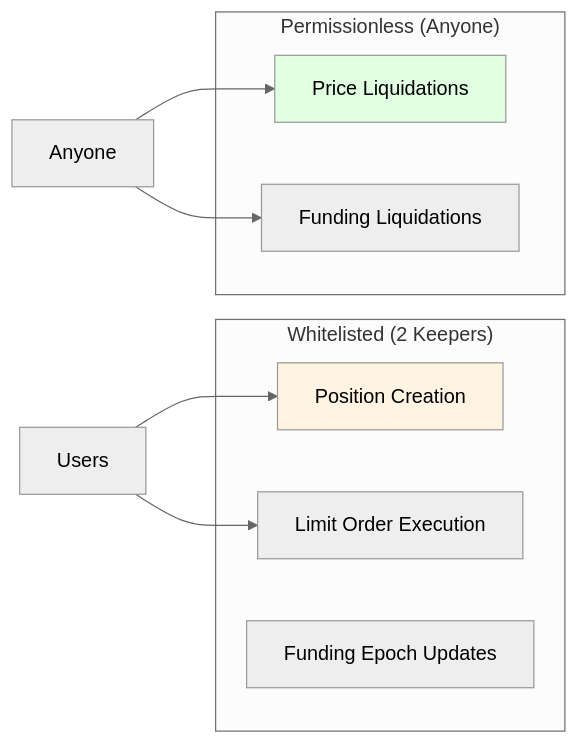
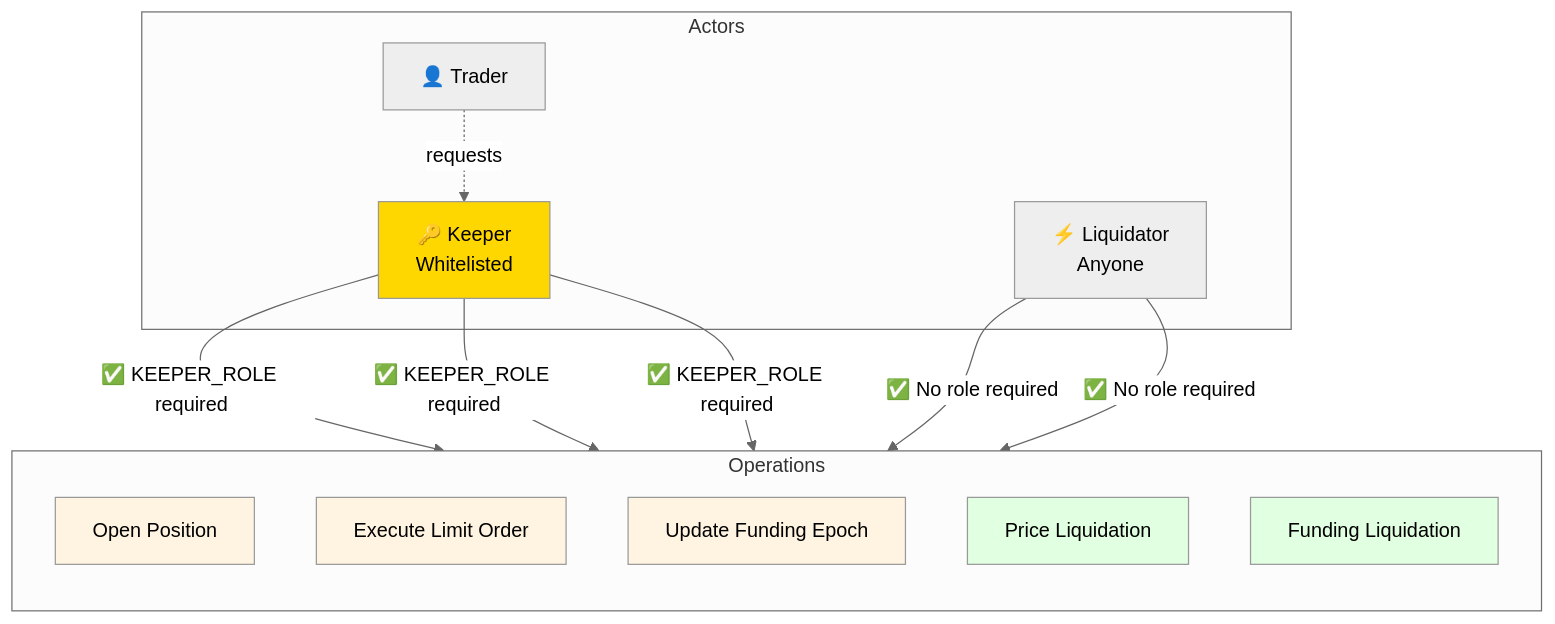
One commit to avasnap/tradestaprotocol changed the first of 2 diagrams in README.md. Above: the diagram before and after it, drawn with Mermaid (neutral theme). The commit also changed other lines of this file, not shown here.

Commit message:
Improve hybrid permission model diagram
Made the diagram much clearer:
- Shows explicit actors (Trader, Keeper, Liquidator) with icons
- Shows request flow (Trader → Keeper)
- Labels role requirements on arrows (KEEPER_ROLE vs none)
- Groups operations by permission type
- Adds "Key Insight" explaining the asymmetry
- Uses dotted line for requests vs solid for execution

The old diagram was confusing about WHO could do WHAT.
New diagram makes the permission model crystal clear.

🤖 Generated with [Claude Code](https://claude.com/claude-code)

````diff
--- a/README.md
+++ b/README.md
@@ -65,21 +65,32 @@
 ```mermaid
-graph LR
-    subgraph "Whitelisted (2 Keepers)"
-        K1[Position Creation]
-        K2[Limit Order Execution]
-        K3[Funding Epoch Updates]
+graph TB
+    subgraph Actors
+        Trader[👤 Trader]
+        Keeper[🔑 Keeper<br/>Whitelisted]
+        Liquidator[⚡ Liquidator<br/>Anyone]
     end
 
-    subgraph "Permissionless (Anyone)"
-        L1[Price Liquidations]
-        L2[Funding Liquidations]
+    subgraph "Operations"
+        direction TB
+        CreatePos[Open Position]
+        ExecOrder[Execute Limit Order]
+        UpdateFunding[Update Funding Epoch]
+        PriceLiq[Price Liquidation]
+        FundingLiq[Funding Liquidation]
     end
 
-    Users --> K1
-    Users --> K2
-    Anyone --> L1
-    Anyone --> L2
+    Trader -.requests.-> Keeper
+    Keeper -->|✅ KEEPER_ROLE required| CreatePos
+    Keeper -->|✅ KEEPER_ROLE required| ExecOrder
+    Keeper -->|✅ KEEPER_ROLE required| UpdateFunding
 
-    style K1 fill:#fff4e1
-    style L1 fill:#e1ffe1
+    Liquidator -->|✅ No role required| PriceLiq
+    Liquidator -->|✅ No role required| FundingLiq
+
+    style CreatePos fill:#fff4e1
+    style ExecOrder fill:#fff4e1
+    style UpdateFunding fill:#fff4e1
+    style PriceLiq fill:#e1ffe1
+    style FundingLiq fill:#e1ffe1
+    style Keeper fill:#ffd700
 ```
````
